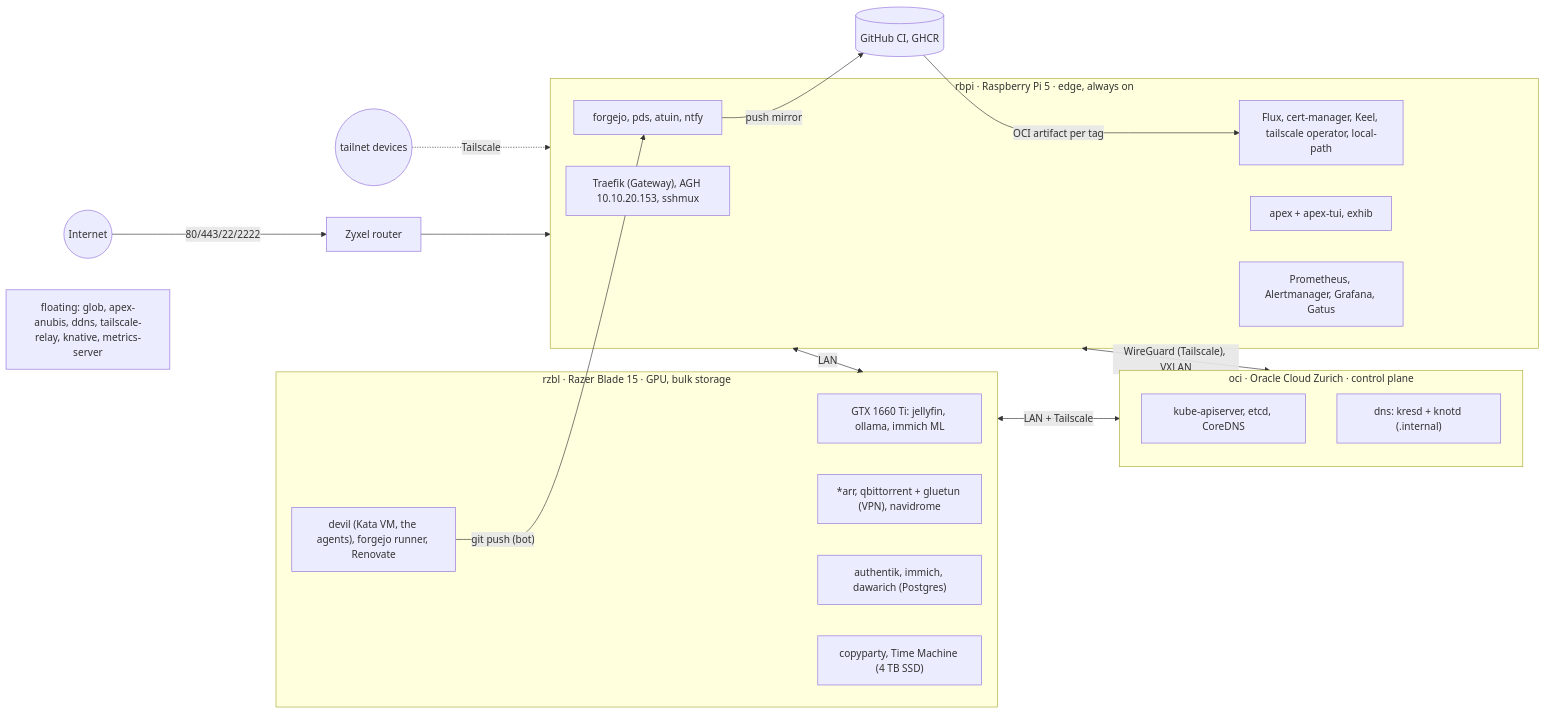
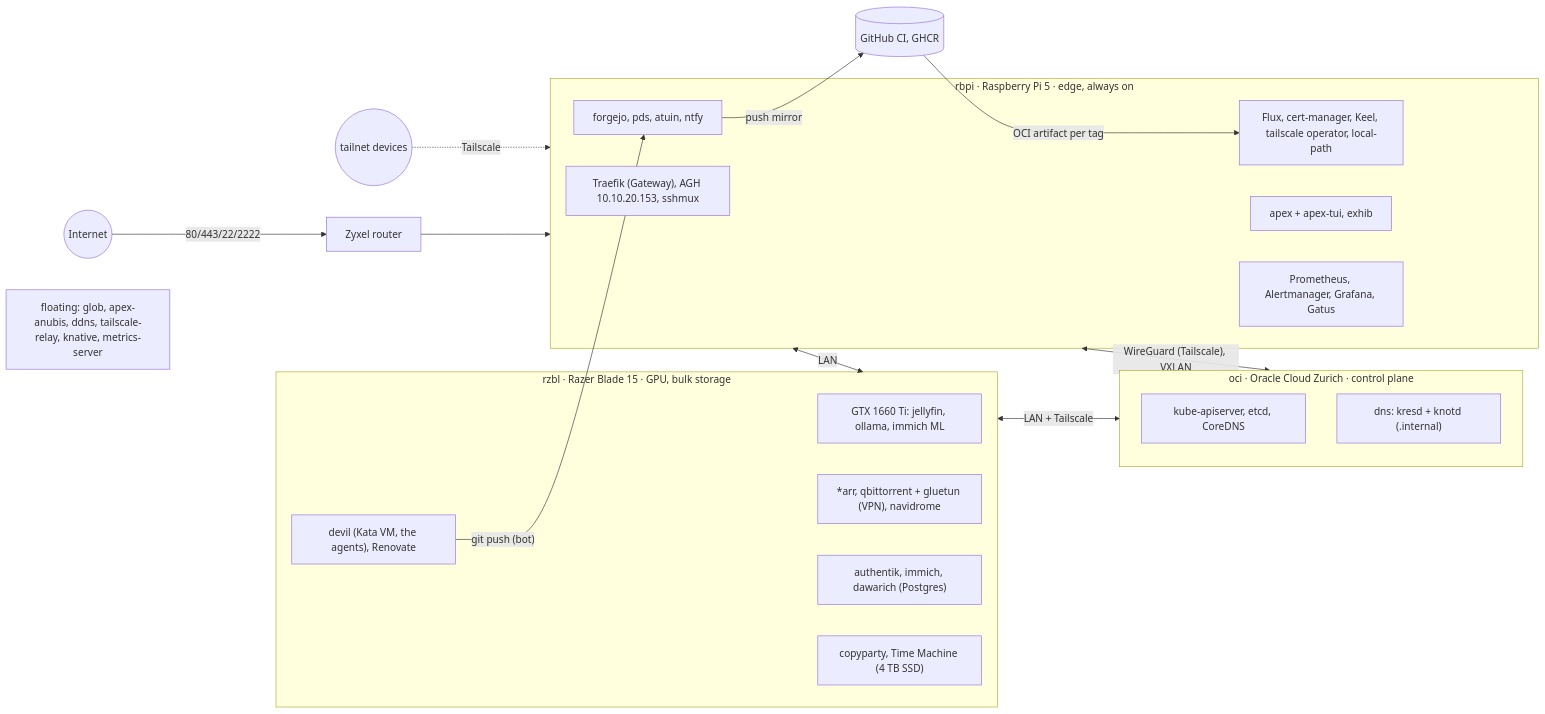
Before and after one commit to bfeitknecht/infra: the diagram in README.md, drawn with Mermaid. The commit also changed other lines of this file and 13 other files, not shown here.

First line of the commit message:
forgejo-runner removed, Forgejo Actions off; ROADMAP and atlas current

````diff
--- a/README.md
+++ b/README.md
@@ -39,36 +39,36 @@
 ```mermaid
 flowchart LR
   internet((Internet)) -->|"80/443/22/2222"| router[Zyxel router]
   phone((tailnet devices)) -.->|Tailscale| rbpi
   router --> rbpi
 
   subgraph oci["oci · Oracle Cloud Zurich · control plane"]
     cp[kube-apiserver, etcd, CoreDNS]
     dns["dns: kresd + knotd (.internal)"]
   end
 
   subgraph rbpi["rbpi · Raspberry Pi 5 · edge, always on"]
     edge["Traefik (Gateway), AGH 10.10.20.153, sshmux"]
     ctrl["Flux, cert-manager, Keel, tailscale operator, local-path"]
     core["forgejo, pds, atuin, ntfy"]
     web["apex + apex-tui, exhib"]
     mon["Prometheus, Alertmanager, Grafana, Gatus"]
   end
 
   subgraph rzbl["rzbl · Razer Blade 15 · GPU, bulk storage"]
     gpu["GTX 1660 Ti: jellyfin, ollama, immich ML"]
     media["*arr, qbittorrent + gluetun (VPN), navidrome"]
     pg["authentik, immich, dawarich (Postgres)"]
     files["copyparty, Time Machine (4 TB SSD)"]
-    agent["devil (Kata VM, the agents), forgejo runner, Renovate"]
+    agent["devil (Kata VM, the agents), Renovate"]
   end
 
   float["floating: glob, apex-anubis, ddns, tailscale-relay, knative, metrics-server"]
 
   rbpi <-->|"WireGuard (Tailscale), VXLAN"| oci
   rzbl <-->|LAN + Tailscale| oci
   rbpi <-->|LAN| rzbl
   agent -->|"git push (bot)"| core
   core -->|"push mirror"| github[(GitHub CI, GHCR)]
   github -->|"OCI artifact per tag"| ctrl
 ```
````
